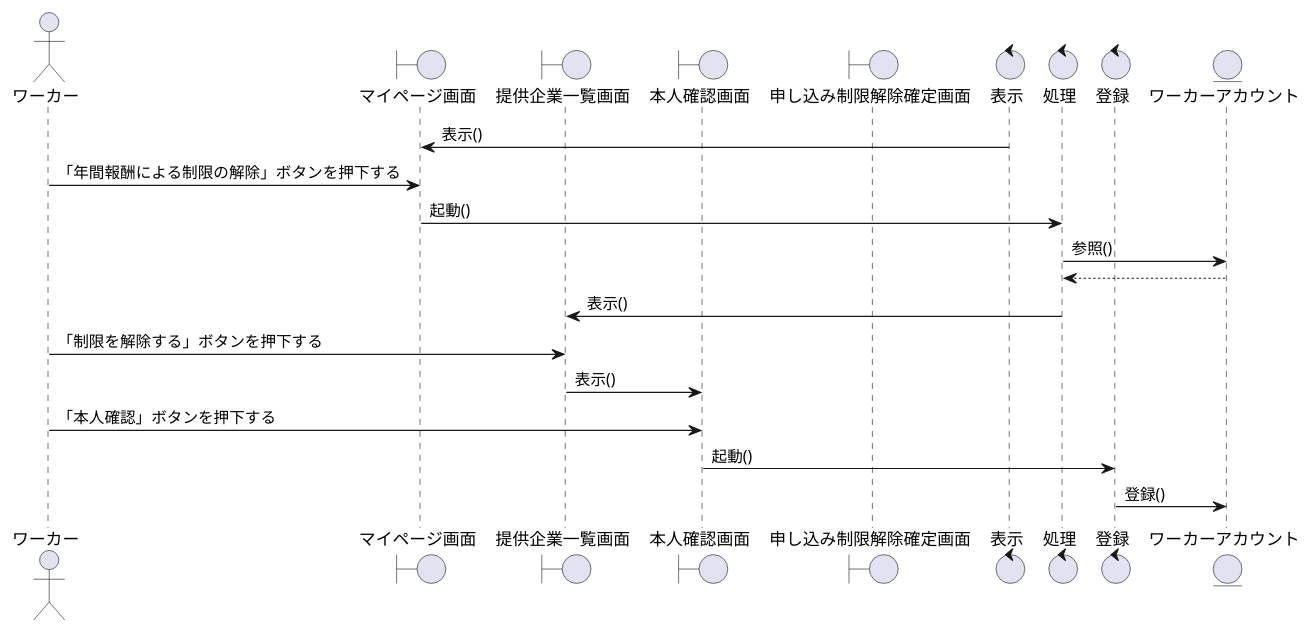
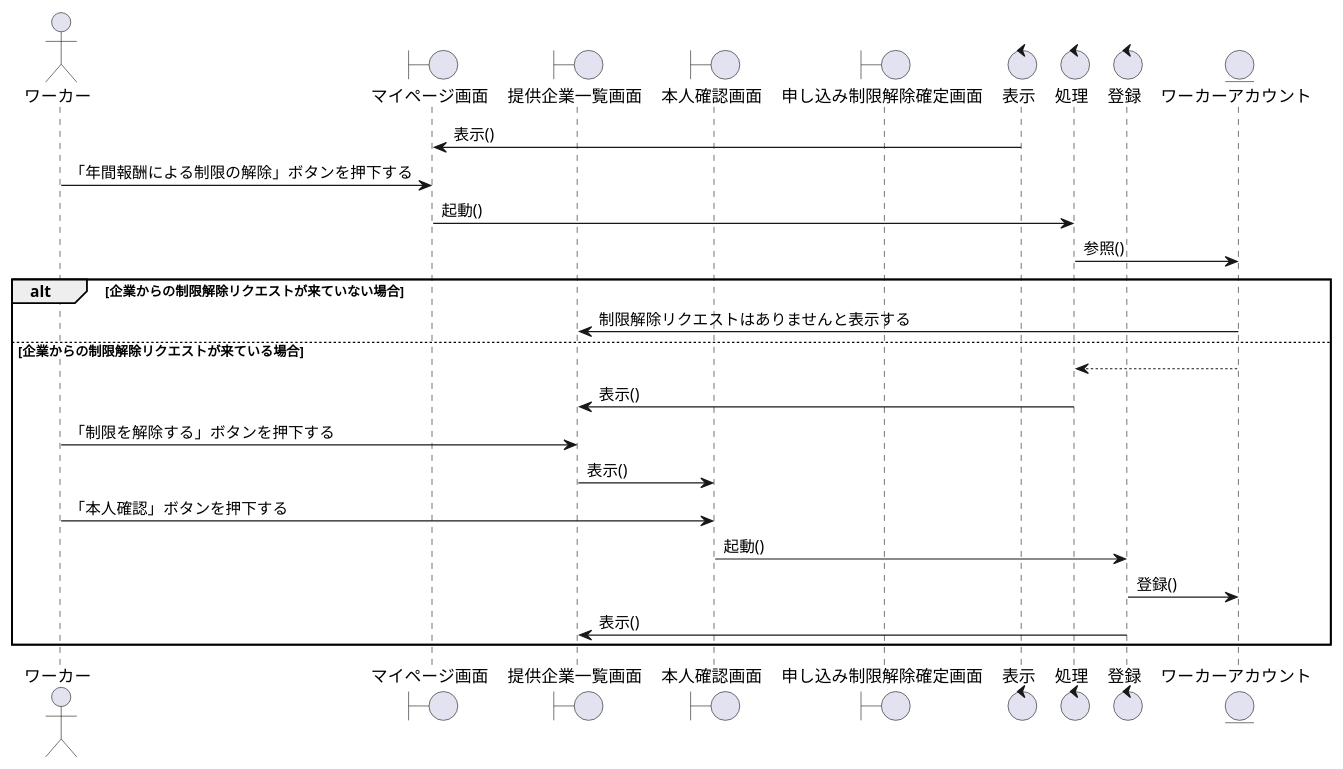
Before and after one commit to irukacb256/high_Me: the diagram in sequence_fig/7_acconts_fn/20_年間報酬による制限を解除する.pu, drawn with PlantUML. The commit also changed 1 other file, not shown here.

```diff
--- a/sequence_fig/7_acconts_fn/20_年間報酬による制限を解除する.pu
+++ b/sequence_fig/7_acconts_fn/20_年間報酬による制限を解除する.pu
@@ -1,30 +1,36 @@
 @startuml 年間報酬による制限を解除する
 
 actor ワーカー as wo1
 
 boundary マイページ画面 as bo1
 boundary 提供企業一覧画面 as bo2
 boundary 本人確認画面 as bo3
 boundary 申し込み制限解除確定画面 as bo4
 
 control 表示 as co1
 control 処理 as co2
 control 登録 as co3
 
 entity ワーカーアカウント as en1
 
 co1 -> bo1:表示()
 wo1 -> bo1:「年間報酬による制限の解除」ボタンを押下する
 bo1 -> co2:起動()
 co2 -> en1:参照()
-en1 --> co2
-co2 -> bo2:表示()
+alt 企業からの制限解除リクエストが来ていない場合
+    en1 -> bo2:制限解除リクエストはありませんと表示する
 
-wo1 -> bo2:「制限を解除する」ボタンを押下する
-bo2 -> bo3:表示()
-wo1 -> bo3:「本人確認」ボタンを押下する
-bo3 -> co3:起動()
-co3 -> en1:登録()
+else 企業からの制限解除リクエストが来ている場合
+    en1 --> co2
+    co2 -> bo2:表示()
 
+    wo1 -> bo2:「制限を解除する」ボタンを押下する
+    bo2 -> bo3:表示()
+    wo1 -> bo3:「本人確認」ボタンを押下する
+    bo3 -> co3:起動()
+    co3 -> en1:登録()
+    co3 -> bo2:表示()
+
+end
 
 @enduml
```
